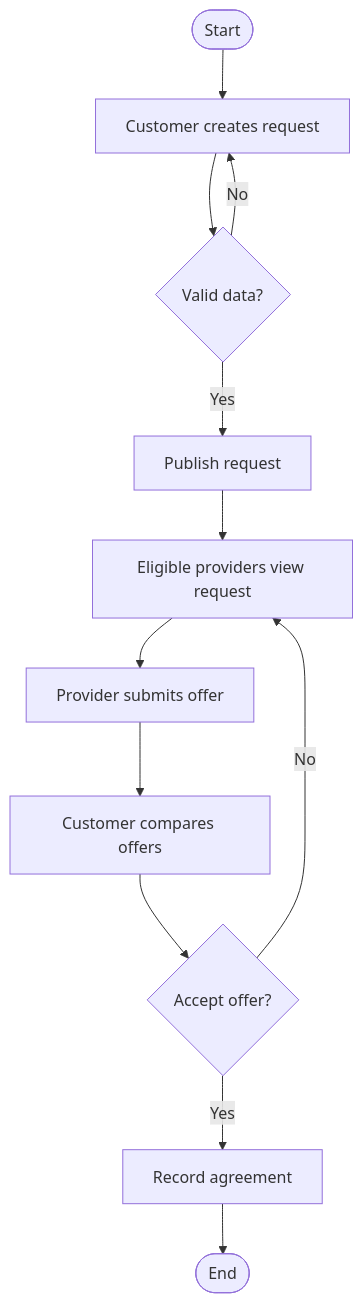
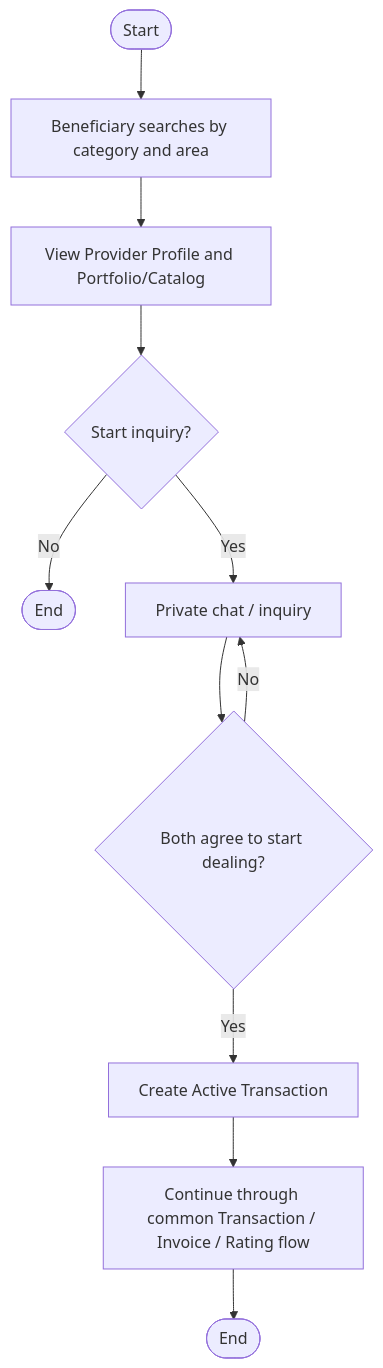
One commit to Yadd-SanaaUniversityGraduationProject/yadd changed the third of 5 diagrams in docs/03-analysis/10-UML.md. Above: the diagram before and after it, drawn with Mermaid. The commit also changed other lines of this file, not shown here.

Commit message:
modeling: rebuild core UML for preliminary review

````diff
--- a/docs/03-analysis/10-UML.md
+++ b/docs/03-analysis/10-UML.md
@@ -7,14 +160,13 @@
 ```mermaid
 flowchart TD
-    S([Start]) --> A[Customer creates request]
-    A --> B{Valid data?}
-    B -- No --> A
-    B -- Yes --> C[Publish request]
-    C --> D[Eligible providers view request]
-    D --> E[Provider submits offer]
-    E --> F[Customer compares offers]
-    F --> G{Accept offer?}
-    G -- No --> D
-    G -- Yes --> H[Record agreement]
-    H --> I([End])
+    S([Start]) --> A[Beneficiary searches by category and area]
+    A --> B[View Provider Profile and Portfolio/Catalog]
+    B --> C{Start inquiry?}
+    C -- No --> Z([End])
+    C -- Yes --> D[Private chat / inquiry]
+    D --> E{Both agree to start dealing?}
+    E -- No --> D
+    E -- Yes --> F[Create Active Transaction]
+    F --> G[Continue through common Transaction / Invoice / Rating flow]
+    G --> Z2([End])
 ```
````
